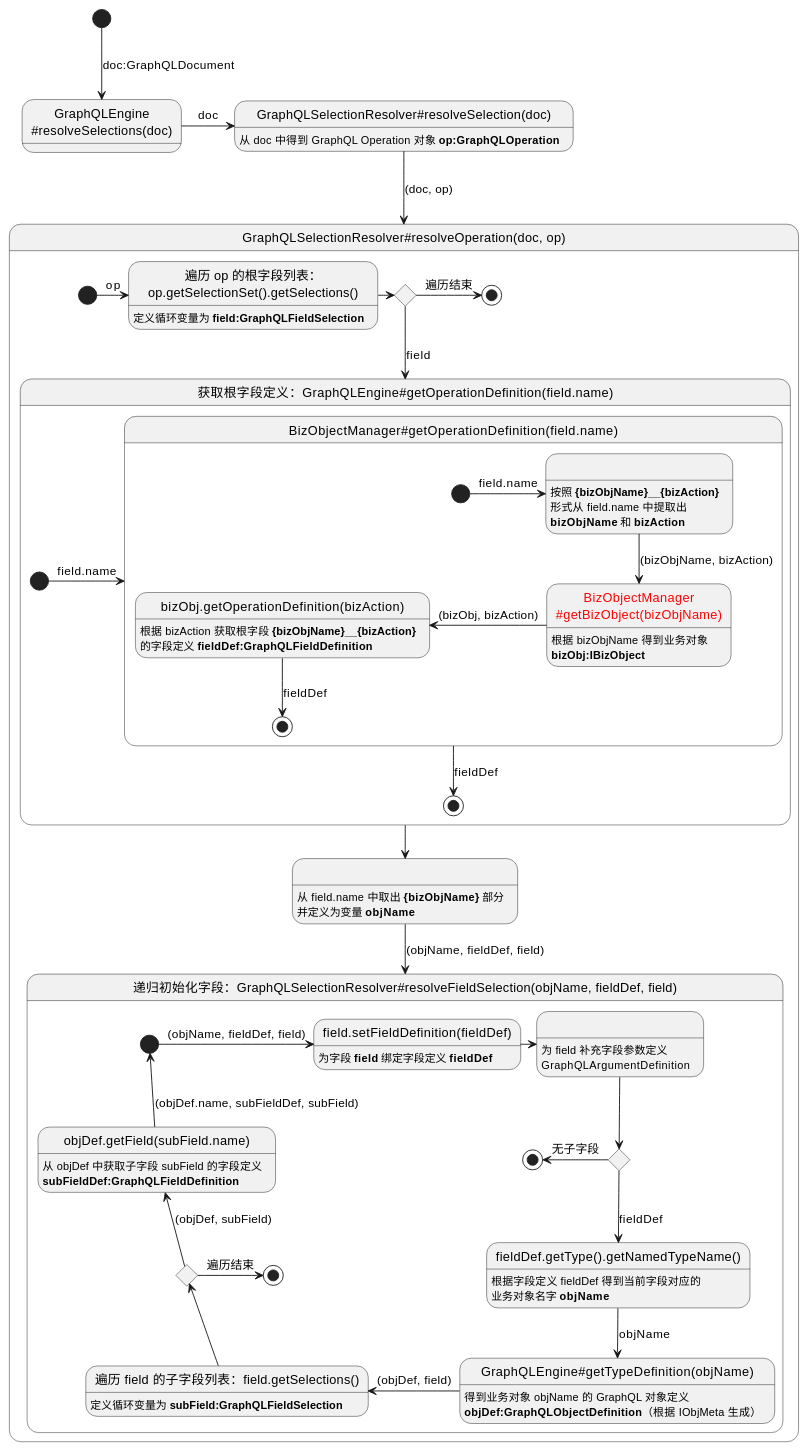
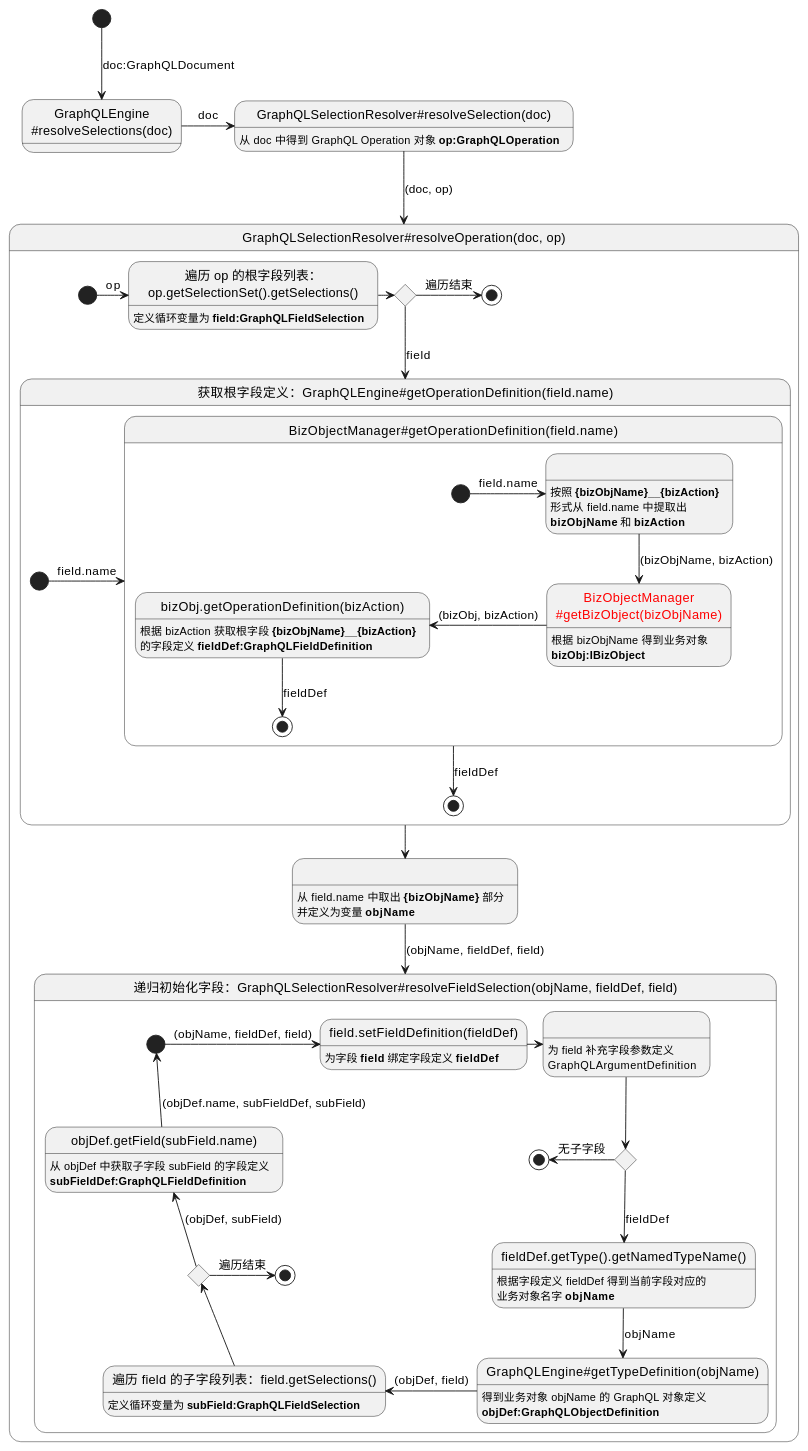
The sixth of 11 diagrams in docs/400.implement/400.component/100.graphql.md (crazydan-studio/nop.crazydan.io), drawn with PlantUML before and after one commit. The commit also changed other lines of this file, not shown here.

````diff
--- a/docs/400.implement/400.component/100.graphql.md
+++ b/docs/400.implement/400.component/100.graphql.md
@@ -711,70 +711,70 @@
 ```plantuml
 state "GraphQLEngine\n~#resolveSelections(doc)" as call_engine_resolveSelections
 state "GraphQLSelectionResolver#resolveSelection(doc)" as call_resolver_resolveSelection: 从 doc 中得到 GraphQL Operation 对象 <b>op:GraphQLOperation</b>
 
 [*] -down-> call_engine_resolveSelections: doc:GraphQLDocument
 call_engine_resolveSelections -> call_resolver_resolveSelection: doc
 call_resolver_resolveSelection -down-> call_resolver_resolveOperation: (doc, op)
 
 state "GraphQLSelectionResolver#resolveOperation(doc, op)" as call_resolver_resolveOperation {
   state "遍历 op 的根字段列表：\nop.getSelectionSet().getSelections()" as get_field_from_op: 定义循环变量为 <b>field:GraphQLFieldSelection</b>
   state " " as split_objName_from_op: 从 field.name 中取出 **{bizObjName}** 部分\n并定义为变量 <b>objName</b>
   state has_op_field <<choice>>
 
   [*] -right-> get_field_from_op: op
   get_field_from_op -right-> has_op_field
 
   has_op_field -right-> [*]: 遍历结束
   has_op_field -down-> call_engine_getOperationDefinition: field
 
   call_engine_getOperationDefinition -down-> split_objName_from_op
   split_objName_from_op -down-> call_resolver_resolveFieldSelection: (objName, fieldDef, field)
 
   state "获取根字段定义：GraphQLEngine~#getOperationDefinition(field.name)" as call_engine_getOperationDefinition {
     [*] -right-> call_bizObj_getOperationDefinition: field.name
     call_bizObj_getOperationDefinition -down-> [*]: fieldDef
 
     state "BizObjectManager#getOperationDefinition(field.name)" as call_bizObj_getOperationDefinition {
       state " " as split_field_name: 按照 **{bizObjName}__{bizAction}**\n形式从 field.name 中提取出\n**bizObjName** 和 **bizAction**
       state "<color:red>BizObjectManager\n<color:red>~#getBizObject(bizObjName)" as call_biz_obj_man_getBizObject: 根据 bizObjName 得到业务对象\n<b>bizObj:IBizObject</b>
       state "bizObj.getOperationDefinition(bizAction)" as call_biz_obj_getOperationDefinition: 根据 bizAction 获取根字段 **{bizObjName}__{bizAction}**\n的字段定义 <b>fieldDef:GraphQLFieldDefinition</b>
 
       [*] -right-> split_field_name: field.name
       split_field_name -down-> call_biz_obj_man_getBizObject: (bizObjName, bizAction)
       call_biz_obj_man_getBizObject -left-> call_biz_obj_getOperationDefinition: (bizObj, bizAction)
       call_biz_obj_getOperationDefinition -down-> [*]: fieldDef
     }
   }
 
   state "递归初始化字段：GraphQLSelectionResolver~#resolveFieldSelection(objName, fieldDef, field)" as call_resolver_resolveFieldSelection {
     state "field.setFieldDefinition(fieldDef)" as call_field_setFieldDefinition: 为字段 <b>field</b> 绑定字段定义 <b>fieldDef</b>
     state " " as validate_field_args: 为 field 补充字段参数定义\nGraphQLArgumentDefinition
     state top_has_sub_field <<choice>>
 
     state "fieldDef.getType().getNamedTypeName()" as call_fieldDef_getType: 根据字段定义 fieldDef 得到当前字段对应的\n业务对象名字 **objName**
-    state "GraphQLEngine#getTypeDefinition(objName)" as call_engine_getTypeDefinition: 得到业务对象 objName 的 GraphQL 对象定义\n<b>objDef:GraphQLObjectDefinition</b>（根据 IObjMeta 生成）
+    state "GraphQLEngine#getTypeDefinition(objName)" as call_engine_getTypeDefinition: 得到业务对象 objName 的 GraphQL 对象定义\n<b>objDef:GraphQLObjectDefinition</b>
     state "遍历 field 的子字段列表：field.getSelections()" as get_field_from_field: 定义循环变量为 <b>subField:GraphQLFieldSelection</b>
     state "objDef.getField(subField.name)" as call_obj_def_getField: 从 objDef 中获取子字段 subField 的字段定义\n<b>subFieldDef:GraphQLFieldDefinition</b>
     state has_sub_field <<choice>>
     state start <<start>>
     state end0 <<end>>
     state end1 <<end>>
 
     start -right-> call_field_setFieldDefinition: (objName, fieldDef, field)
     call_field_setFieldDefinition -right-> validate_field_args
     validate_field_args -down-> top_has_sub_field
 
     top_has_sub_field -left-> end0: 无子字段
     top_has_sub_field -down-> call_fieldDef_getType: fieldDef
     call_fieldDef_getType -down-> call_engine_getTypeDefinition: objName
 
     call_engine_getTypeDefinition -left-> get_field_from_field: (objDef, field)
     get_field_from_field -up-> has_sub_field
 
     has_sub_field -right-> end1: 遍历结束
     has_sub_field -up-> call_obj_def_getField: (objDef, subField)
 
     call_obj_def_getField -up-> start: (objDef.name, subFieldDef, subField)
   }
 }
 ```
````
